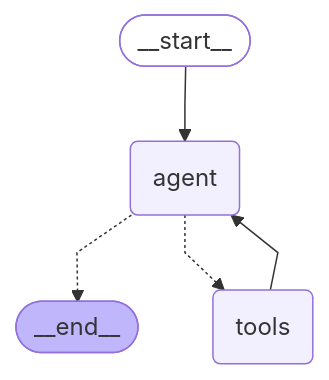
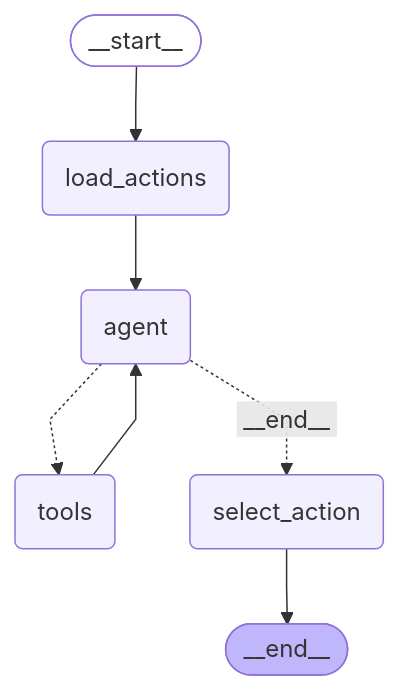
One commit to Ishaan005/hacktheclimate changed the diagram in docs/chat_graph.md. Above: the diagram before and after it, drawn with Mermaid. The commit also changed other lines of this file and 4 other files, not shown here.

````diff
--- a/docs/chat_graph.md
+++ b/docs/chat_graph.md
@@ -5,19 +5,23 @@
 ```mermaid
 ---
 config:
   flowchart:
     curve: linear
 ---
 graph TD;
 	__start__([<p>__start__</p>]):::first
+	load_actions(load_actions)
 	agent(agent)
 	tools(tools)
+	select_action(select_action)
 	__end__([<p>__end__</p>]):::last
-	__start__ --> agent;
-	agent -.-> __end__;
+	__start__ --> load_actions;
+	agent -. &nbsp;__end__&nbsp; .-> select_action;
 	agent -.-> tools;
+	load_actions --> agent;
 	tools --> agent;
+	select_action --> __end__;
 	classDef default fill:#f2f0ff,line-height:1.2
 	classDef first fill-opacity:0
 	classDef last fill:#bfb6fc
 ```
````
